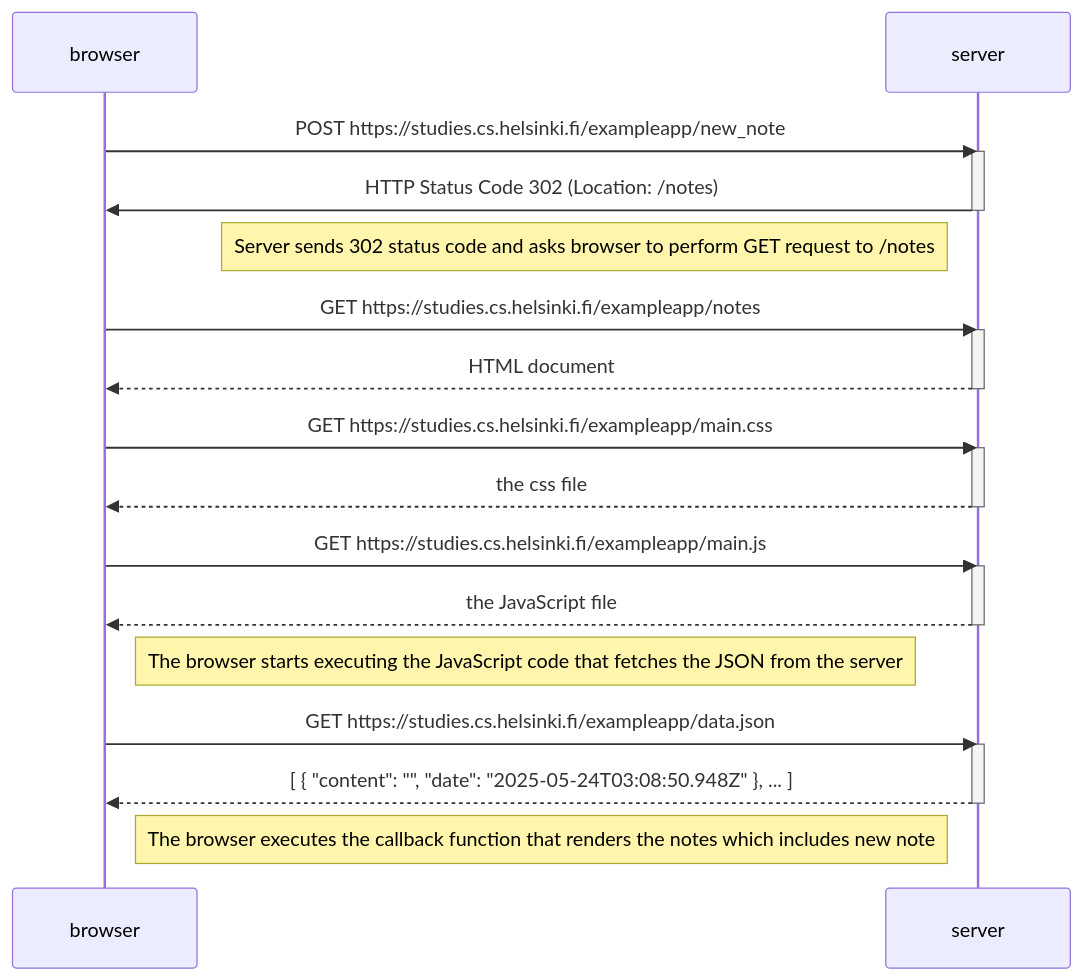
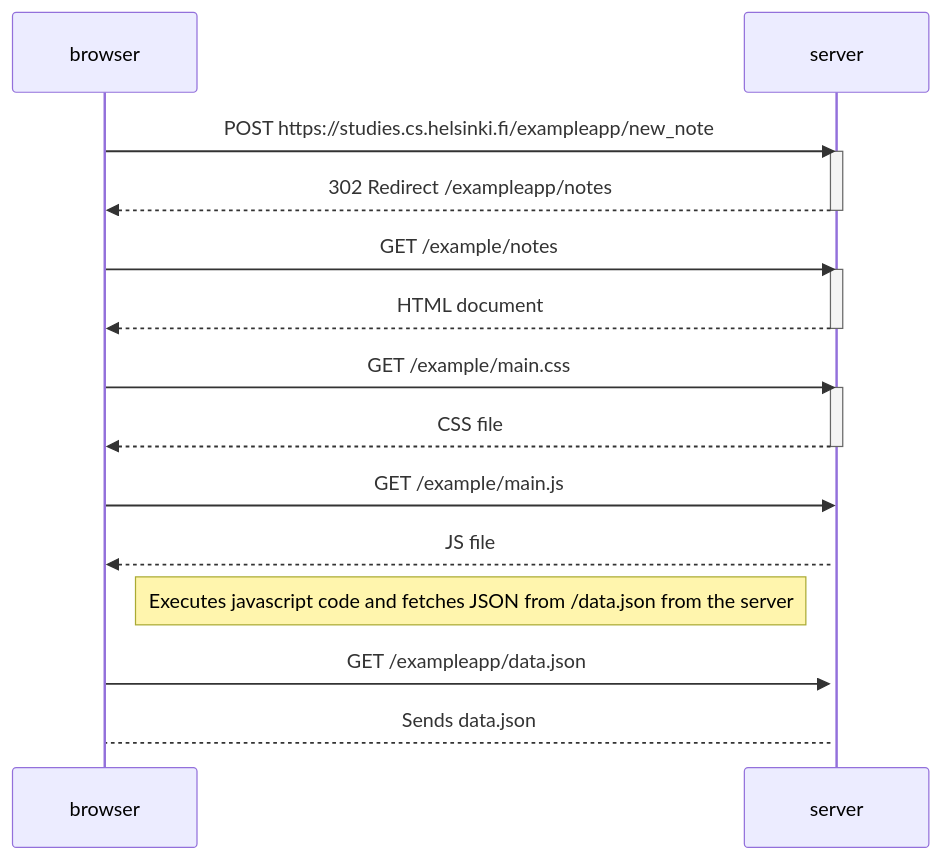
One commit to Dulakshan-16/fullstackopen_course changed the diagram in part0/part0.4.md. Above: the diagram before and after it, drawn with Mermaid.

````diff
--- a/part0/part0.4.md
+++ b/part0/part0.4.md
@@ -1,35 +1,30 @@
 ```mermaid
 sequenceDiagram
-    participant browser
-    participant server
+participant browser
+participant server
 
-    browser->>server: POST https://studies.cs.helsinki.fi/exampleapp/new_note
-    activate server
-    server->>browser: HTTP Status Code 302 (Location: /notes)
-    deactivate server
-    Note left of server: Server sends 302 status code and asks browser to perform GET request to /notes
+browser ->> server: POST https://studies.cs.helsinki.fi/exampleapp/new_note
+activate server
+server -->> browser: 302 Redirect /exampleapp/notes
+deactivate server
 
-    browser->>server: GET https://studies.cs.helsinki.fi/exampleapp/notes
-    activate server
-    server-->>browser: HTML document
-    deactivate server
+browser ->> server: GET /example/notes
+activate server
+server -->> browser: HTML document
+deactivate server
 
-    browser->>server: GET https://studies.cs.helsinki.fi/exampleapp/main.css
-    activate server
-    server-->>browser: the css file
-    deactivate server
+browser ->> server: GET /example/main.css
+activate server
+server -->> browser: CSS file
+deactivate server
 
-    browser->>server: GET https://studies.cs.helsinki.fi/exampleapp/main.js
-    activate server
-    server-->>browser: the JavaScript file
-    deactivate server
+browser ->> server: GET /example/main.js
+activate server
+server -->> browser:  JS file
+Note right of browser: Executes javascript code and fetches JSON from /data.json from the server
 
-    Note right of browser: The browser starts executing the JavaScript code that fetches the JSON from the server
+browser ->> server: GET /exampleapp/data.json
+activate server
+server --> browser: Sends data.json
 
-    browser->>server: GET https://studies.cs.helsinki.fi/exampleapp/data.json
-    activate server
-    server-->>browser: [ { "content": "", "date": "2025-05-24T03:08:50.948Z" }, ... ]
-    deactivate server
-
-    Note right of browser: The browser executes the callback function that renders the notes which includes new note
 ```
````
